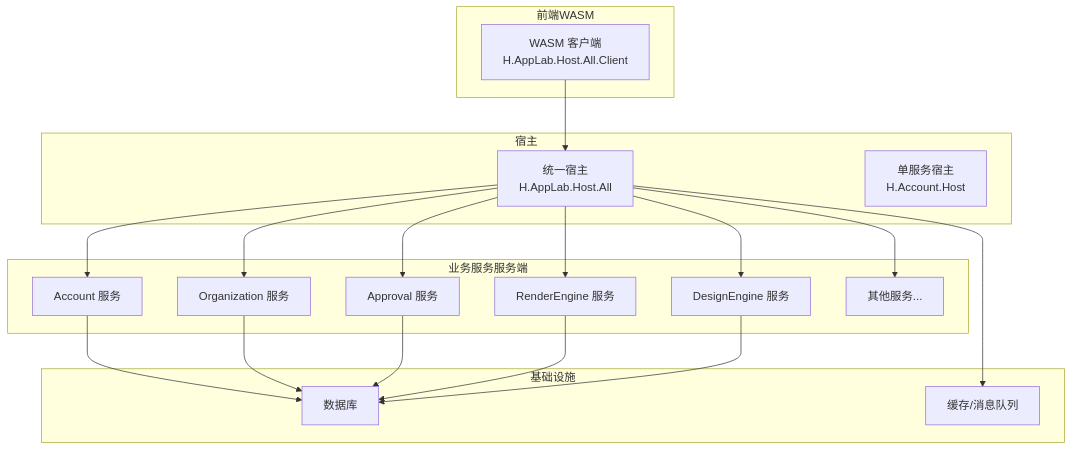
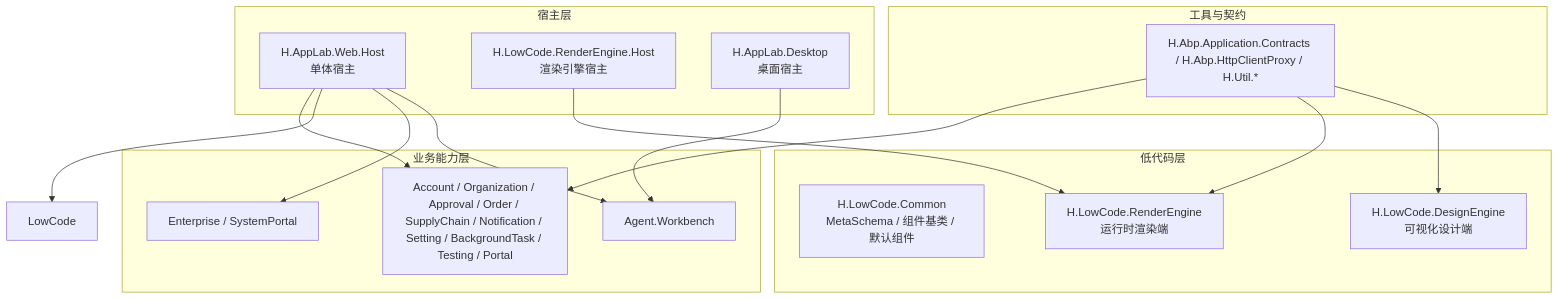
Before and after one commit to openlowcodelab/lowcode: the first of 9 diagrams in .qoder/repowiki/zh/content/架构设计/架构设计.md, drawn with Mermaid. The commit also changed other lines of this file and 293 other files, not shown here.

````diff
--- a/.qoder/repowiki/zh/content/架构设计/架构设计.md
+++ b/.qoder/repowiki/zh/content/架构设计/架构设计.md
@@ -44,35 +51,36 @@
 ```mermaid
 graph TB
-subgraph "宿主"
-All["统一宿主<br/>H.AppLab.Host.All"]
-Acc["单服务宿主<br/>H.Account.Host"]
-end
-subgraph "前端WASM"
-Client["WASM 客户端<br/>H.AppLab.Host.All.Client"]
-end
-subgraph "业务服务服务端"
-Svc1["Account 服务"]
-Svc2["Organization 服务"]
-Svc3["Approval 服务"]
-Svc4["RenderEngine 服务"]
-Svc5["DesignEngine 服务"]
-Others["其他服务..."]
-end
-subgraph "基础设施"
-DB["数据库"]
-Cache["缓存/消息队列"]
-end
-Client --> All
-All --> Svc1
-All --> Svc2
-All --> Svc3
-All --> Svc4
-All --> Svc5
-All --> Others
-Svc1 --> DB
-Svc2 --> DB
-Svc3 --> DB
-Svc4 --> DB
-Svc5 --> DB
-All --> Cache
+    subgraph "宿主层"
+        HostAll["H.AppLab.Web.Host<br/>单体宿主"]
+        RenderHost["H.LowCode.RenderEngine.Host<br/>渲染引擎宿主"]
+        Desktop["H.AppLab.Desktop<br/>桌面宿主"]
+    end
+
+    subgraph "低代码层"
+        Common["H.LowCode.Common<br/>MetaSchema / 组件基类 / 默认组件"]
+        DesignEngine["H.LowCode.DesignEngine<br/>可视化设计端"]
+        RenderEngine["H.LowCode.RenderEngine<br/>运行时渲染端"]
+    end
+
+    subgraph "业务能力层"
+        Services["Account / Organization / Approval / Order / SupplyChain / Notification / Setting / BackgroundTask / Testing / Portal"]
+        SystemApps["Enterprise / SystemPortal"]
+        AgentWorkbench["Agent.Workbench"]
+    end
+
+    subgraph "工具与契约"
+        Utils["H.Abp.Application.Contracts / H.Abp.HttpClientProxy / H.Util.*"]
+    end
+
+    HostAll --> Services
+    HostAll --> LowCode
+    HostAll --> SystemApps
+    HostAll --> AgentWorkbench
+
+    RenderHost --> RenderEngine
+    Desktop --> AgentWorkbench
+
+    Utils --> Services
+    Utils --> RenderEngine
+    Utils --> DesignEngine
 ```
````
